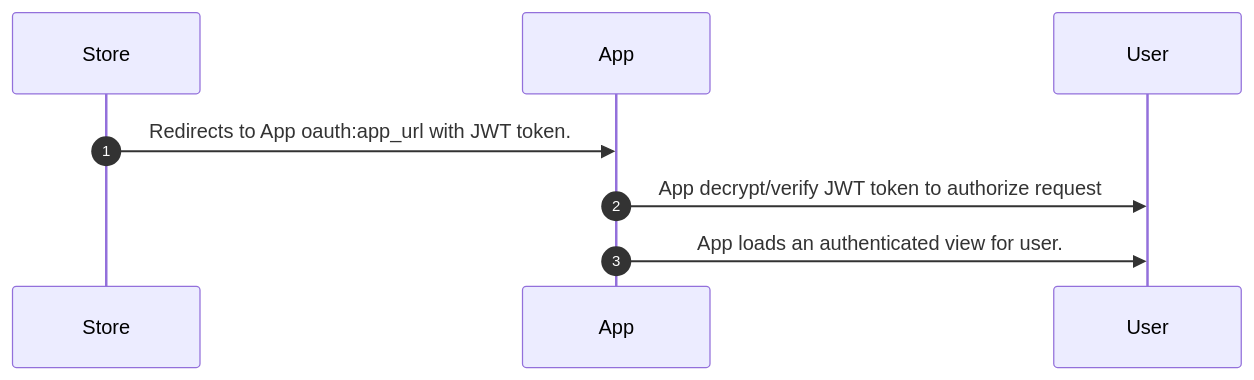
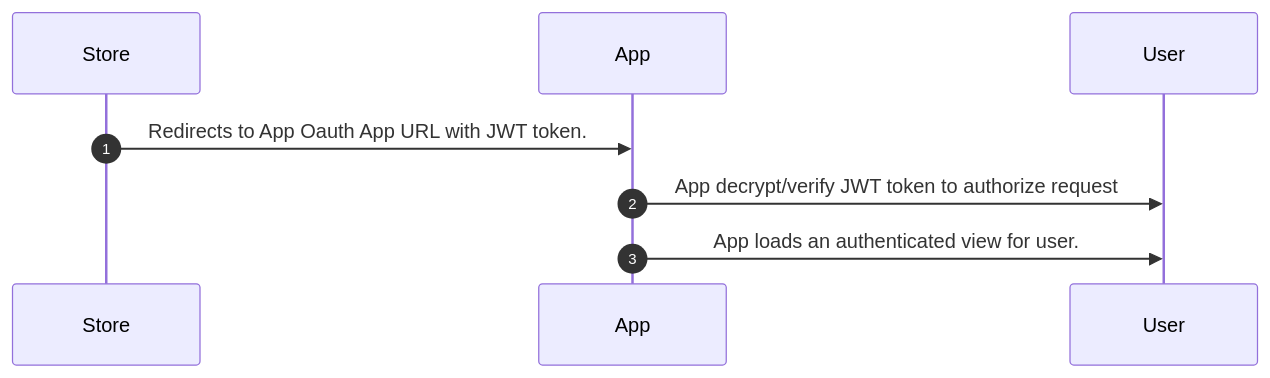
One commit to 29next/developer-docs changed the diagram in docs/apps/oauth/session-auth.md. Above: the diagram before and after it, drawn with Mermaid. The commit also changed 1 other file, not shown here.

Commit message:
remove instances of oauth:app_url

````diff
--- a/docs/apps/oauth/session-auth.md
+++ b/docs/apps/oauth/session-auth.md
@@ -50,7 +50,7 @@
 ``` mermaid
 sequenceDiagram
   autonumber
-  Store->>App: Redirects to App oauth:app_url with JWT token.
+  Store->>App: Redirects to App Oauth App URL with JWT token.
   App->>User: App decrypt/verify JWT token to authorize request
   App->>User: App loads an authenticated view for user.
 ```
````
